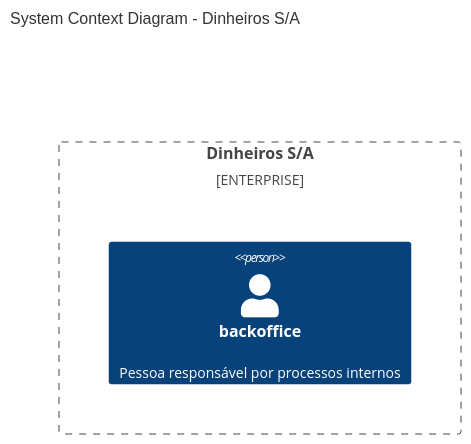
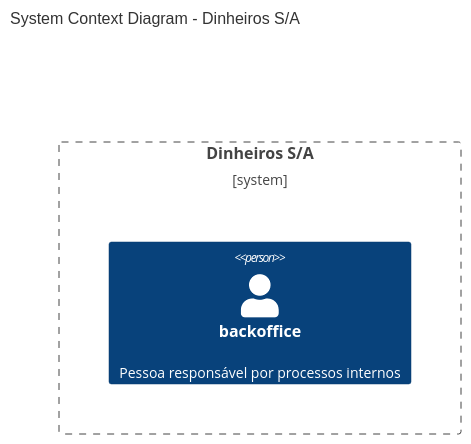
Before and after one commit to CristianoRC/C4-Model: the diagram in Diagrams/component.md, drawn with Mermaid.

Commit message:
Corrige Boundary do component

````diff
--- a/Diagrams/component.md
+++ b/Diagrams/component.md
@@ -3,9 +3,9 @@
 ```mermaid
 C4Context
     title System Context Diagram - Dinheiros S/A
 
-    Enterprise_Boundary(banco,"Dinheiros S/A") {
+    Boundary(banco,"Dinheiros S/A") {
       Person(backoffice, "backoffice", "Pessoa responsável por processos internos")
     }
 
 ```
````
